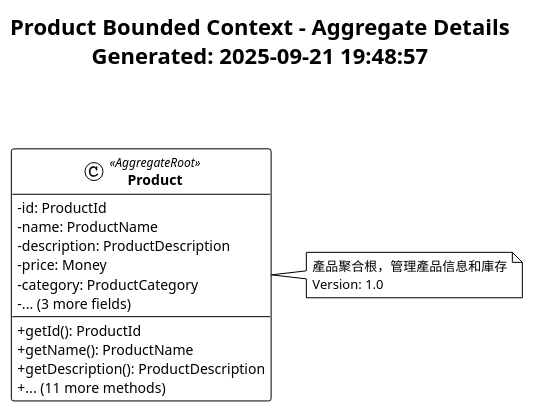
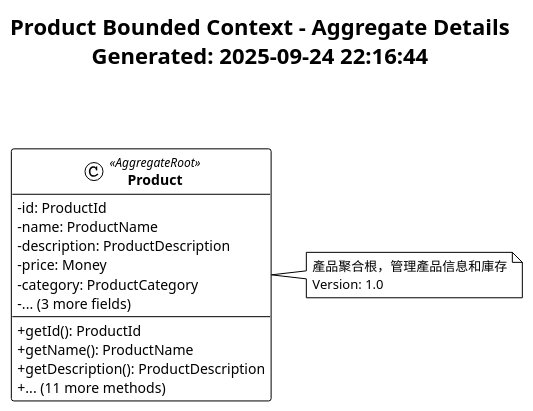
One commit to humank/genai-demo changed the diagram in docs/diagrams/viewpoints/functional/product-aggregate-details.puml. Above: the diagram before and after it, drawn with PlantUML. The commit also changed 654 other files, not shown here.

```diff
--- a/docs/diagrams/viewpoints/functional/product-aggregate-details.puml
+++ b/docs/diagrams/viewpoints/functional/product-aggregate-details.puml
@@ -1,30 +1,30 @@
 @startuml Product Aggregate Details
 !theme plain
 skinparam classAttributeIconSize 0
 skinparam classFontStyle bold
 
-title Product Bounded Context - Aggregate Details\nGenerated: 2025-09-21 19:48:57\n\n
+title Product Bounded Context - Aggregate Details\nGenerated: 2025-09-24 22:16:44\n\n
 
 class Product <<AggregateRoot>> {
   -id: ProductId
   -name: ProductName
   -description: ProductDescription
   -price: Money
   -category: ProductCategory
   -... (3 more fields)
   --
   +getId(): ProductId
   +getName(): ProductName
   +getDescription(): ProductDescription
   +... (11 more methods)
 }
 
 note right of Product
   產品聚合根，管理產品信息和庫存
   Version: 1.0
 end note
 
 
 ' Relationships
 
 @enduml
```
